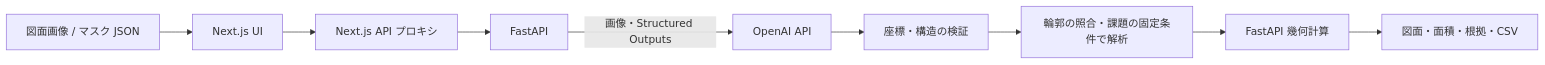
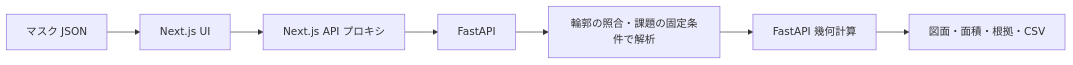
The diagram in floorplan-analyzer/docs/architecture.md (Kimurist2024/KKG-kadai), drawn with Mermaid before and after one commit. The commit also changed other lines of this file and 28 other files, not shown here.

````diff
--- a/floorplan-analyzer/docs/architecture.md
+++ b/floorplan-analyzer/docs/architecture.md
@@ -14,11 +13,9 @@
 ```mermaid
 flowchart LR
-  U[図面画像 / マスク JSON] --> N[Next.js UI]
+  U[マスク JSON] --> N[Next.js UI]
   N --> P[Next.js API プロキシ]
   P --> F[FastAPI]
-  F -->|画像・Structured Outputs| O[OpenAI API]
-  O --> V[座標・構造の検証]
-  V --> H[輪郭の照合・課題の固定条件で解析]
+  F --> H[輪郭の照合・課題の固定条件で解析]
   H --> G[FastAPI 幾何計算]
   G --> R[図面・面積・根拠・CSV]
 ```
````
